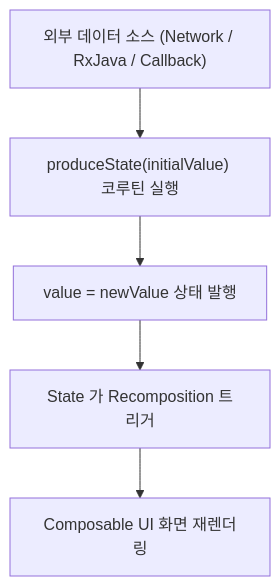
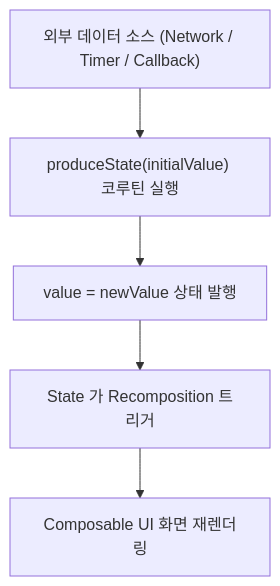
One commit to youngmin-gwon/what-i-studied changed the diagram in 01_inbox/mobile/android/02_app_framework/jetpack-compose/state-and-lifecycle/compose-state-and-effect-contracts/produce-state.md. Above: the diagram before and after it, drawn with Mermaid. The commit also changed other lines of this file and 1 other file, not shown here.

````diff
--- a/01_inbox/mobile/android/02_app_framework/jetpack-compose/state-and-lifecycle/compose-state-and-effect-contracts/produce-state.md
+++ b/01_inbox/mobile/android/02_app_framework/jetpack-compose/state-and-lifecycle/compose-state-and-effect-contracts/produce-state.md
@@ -24,7 +24,7 @@
 ```mermaid
 graph TD
-    ExternalSource["외부 데이터 소스 (Network / RxJava / Callback)"] --> ProduceBlock["produceState(initialValue) 코루틴 실행"]
+    ExternalSource["외부 데이터 소스 (Network / Timer / Callback)"] --> ProduceBlock["produceState(initialValue) 코루틴 실행"]
     ProduceBlock --> YieldValue["value = newValue 상태 발행"]
     YieldValue --> StateHolder["State<T> 가 Recomposition 트리거"]
     StateHolder --> UIRead["Composable UI 화면 재렌더링"]
 ```
````
